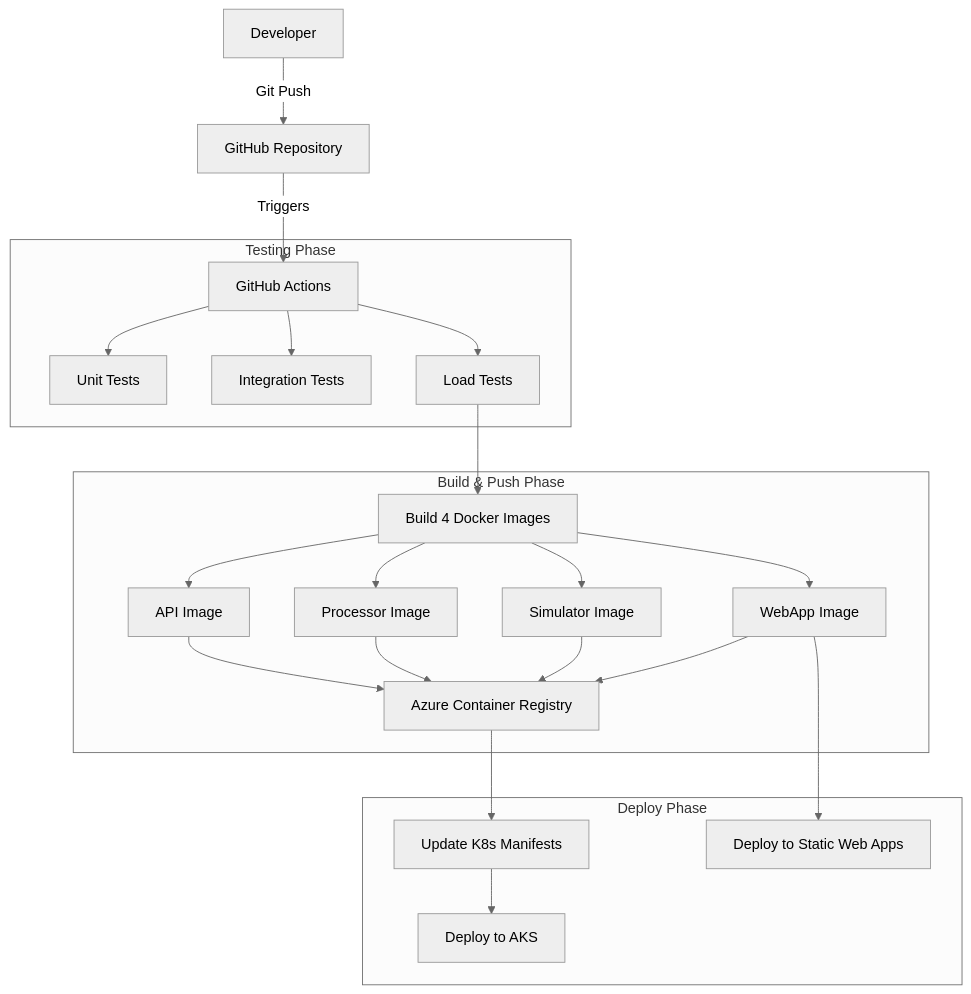
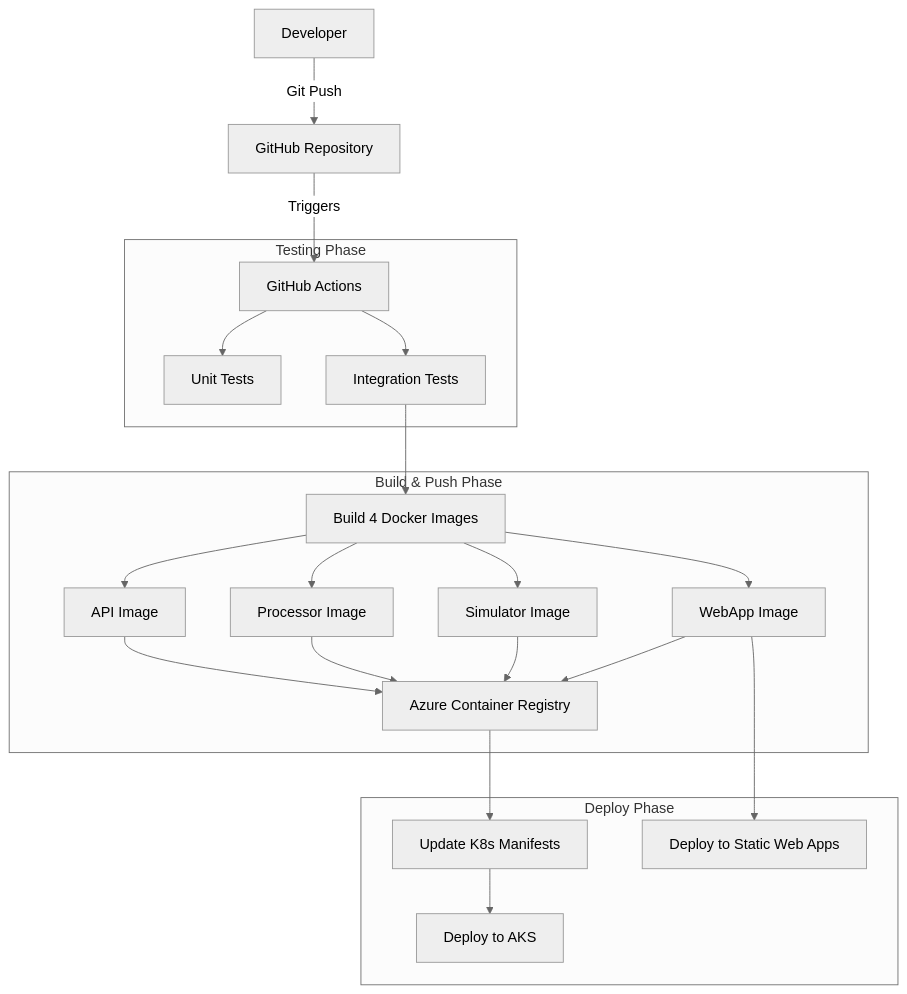
One commit to JonathanHidalgoN/RealTimeTransactionMonitoring changed the third of 4 diagrams in README.md. Above: the diagram before and after it, drawn with Mermaid (neutral theme). The commit also changed other lines of this file and 12 other files, not shown here.

````diff
--- a/README.md
+++ b/README.md
@@ -110,32 +110,31 @@
 ```mermaid
 graph TD
     DEV[Developer] -- Git Push --> REPO[GitHub Repository]
     REPO -- Triggers --> ACTIONS[GitHub Actions]
 
     subgraph "Testing Phase"
         ACTIONS --> UNIT[Unit Tests]
         ACTIONS --> INTEGRATION[Integration Tests]
-        ACTIONS --> LOAD[Load Tests]
     end
 
-    LOAD --> BUILD
+    INTEGRATION --> BUILD
 
     subgraph "Build & Push Phase"
         BUILD[Build 4 Docker Images]
         BUILD --> API_IMG[API Image]
         BUILD --> PROC_IMG[Processor Image]
         BUILD --> SIM_IMG[Simulator Image]
         BUILD --> WEB_IMG[WebApp Image]
 
         API_IMG --> ACR[Azure Container Registry]
         PROC_IMG --> ACR
         SIM_IMG --> ACR
         WEB_IMG --> ACR
     end
 
     subgraph "Deploy Phase"
         ACR --> K8S_UPDATE[Update K8s Manifests]
         K8S_UPDATE --> AKS[Deploy to AKS]
         WEB_IMG --> SWA[Deploy to Static Web Apps]
     end
 ```
````
